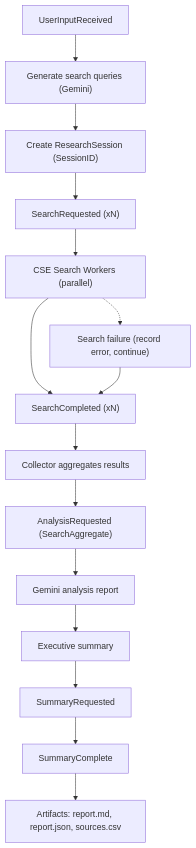
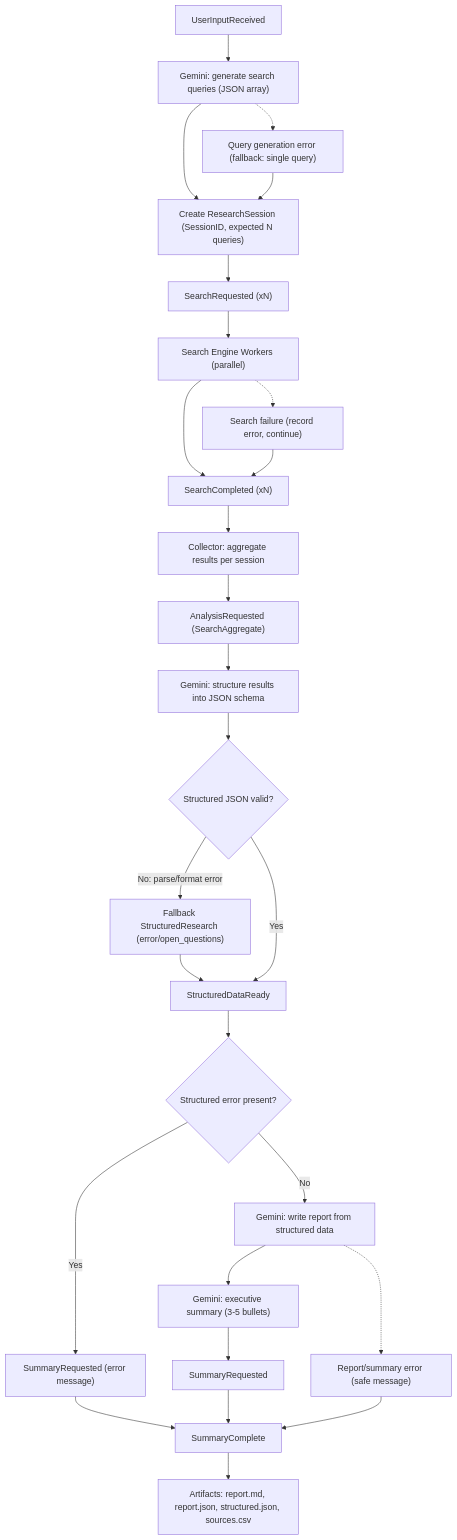
Before and after one commit to shartrooper/research-assistant: the diagram in diagram.md, drawn with Mermaid.

Commit message:
Improve mermaid diagram

````diff
--- a/diagram.md
+++ b/diagram.md
@@ -3,18 +3,31 @@
 ```mermaid
 flowchart TD
-  A["UserInputReceived"] --> B["Generate search queries (Gemini)"]
-  B --> C["Create ResearchSession (SessionID)"]
+  A["UserInputReceived"] --> B["Gemini: generate search queries (JSON array)"]
+  B --> C["Create ResearchSession (SessionID, expected N queries)"]
   C --> D["SearchRequested (xN)"]
-  D --> E["CSE Search Workers (parallel)"]
+  D --> E["Search Engine Workers (parallel)"]
   E --> F["SearchCompleted (xN)"]
-  F --> G["Collector aggregates results"]
+  F --> G["Collector: aggregate results per session"]
   G --> H["AnalysisRequested (SearchAggregate)"]
-  H --> I["Gemini analysis report"]
-  I --> J["Executive summary"]
-  J --> K["SummaryRequested"]
-  K --> L["SummaryComplete"]
-  L --> M["Artifacts: report.md, report.json, sources.csv"]
+  H --> I["Gemini: structure results into JSON schema"]
+  I --> J{"Structured JSON valid?"}
+  J -- "No: parse/format error" --> I1["Fallback StructuredResearch (error/open_questions)"]
+  J -- "Yes" --> K["StructuredDataReady"]
+  I1 --> K
+
+  K --> L{"Structured error present?"}
+  L -- "Yes" --> L1["SummaryRequested (error message)"]
+  L -- "No" --> M["Gemini: write report from structured data"]
+  M --> N["Gemini: executive summary (3-5 bullets)"]
+  N --> O["SummaryRequested"]
+  O --> P["SummaryComplete"]
+  L1 --> P
+  P --> Q["Artifacts: report.md, report.json, structured.json, sources.csv"]
 
   E -.-> X["Search failure (record error, continue)"]
   X --> F
+  B -.-> Y["Query generation error (fallback: single query)"]
+  Y --> C
+  M -.-> Z["Report/summary error (safe message)"]
+  Z --> P
 ```
````
